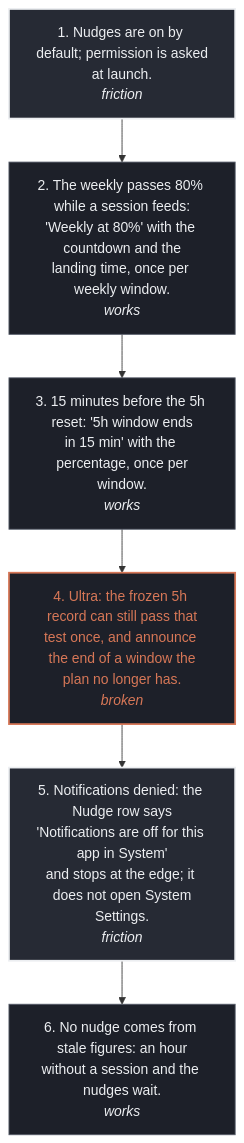
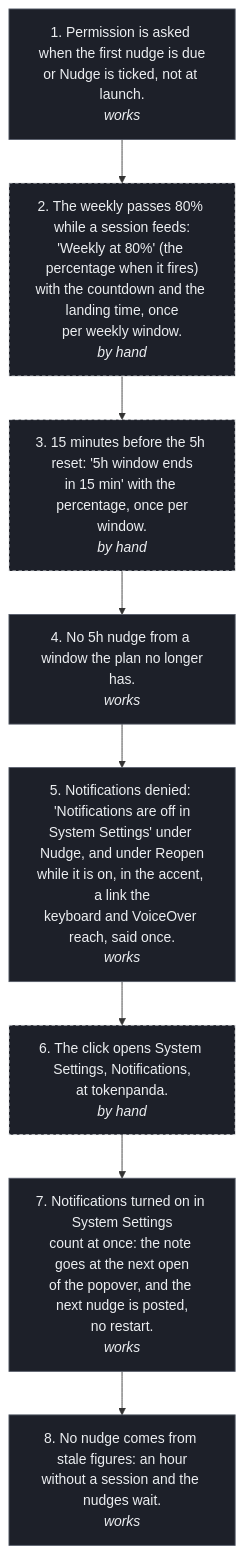
One commit to tokenpandadev/tokenpanda-app changed the diagram in design/wireframes/flows/04-nudges.mmd. Above: the diagram before and after it, drawn with Mermaid. The commit also changed 35 other files, not shown here.

```diff
--- a/design/wireframes/flows/04-nudges.mmd
+++ b/design/wireframes/flows/04-nudges.mmd
@@ -1,15 +1,20 @@
 flowchart TD
   classDef works fill:#1d2029,stroke:#555b68,color:#eceef1;
   classDef friction fill:#262a34,stroke:#eceef1,stroke-width:2px,color:#eceef1;
   classDef broken fill:#1d2029,stroke:#d77757,stroke-width:2px,color:#d77757;
-  S1["1. Nudges are on by default; permission is asked<br/>at launch.<br/><i>friction</i>"]:::friction
-  S2["2. The weekly passes 80% while a session feeds:<br/>'Weekly at 80%' with the countdown and the<br/>landing time, once per weekly window.<br/><i>works</i>"]:::works
-  S3["3. 15 minutes before the 5h reset: '5h window ends<br/>in 15 min' with the percentage, once per<br/>window.<br/><i>works</i>"]:::works
-  S4["4. Ultra: the frozen 5h record can still pass that<br/>test once, and announce the end of a window the<br/>plan no longer has.<br/><i>broken</i>"]:::broken
-  S5["5. Notifications denied: the Nudge row says<br/>'Notifications are off for this app in System'<br/>and stops at the edge; it does not open System<br/>Settings.<br/><i>friction</i>"]:::friction
-  S6["6. No nudge comes from stale figures: an hour<br/>without a session and the nudges wait.<br/><i>works</i>"]:::works
+  classDef byhand fill:#1d2029,stroke:#eceef1,stroke-width:1px,stroke-dasharray:4 3,color:#eceef1;
+  S1["1. Permission is asked when the first nudge is due<br/>or Nudge is ticked, not at launch.<br/><i>works</i>"]:::works
+  S2["2. The weekly passes 80% while a session feeds:<br/>'Weekly at 80%' (the percentage when it fires)<br/>with the countdown and the landing time, once<br/>per weekly window.<br/><i>by hand</i>"]:::byhand
+  S3["3. 15 minutes before the 5h reset: '5h window ends<br/>in 15 min' with the percentage, once per<br/>window.<br/><i>by hand</i>"]:::byhand
+  S4["4. No 5h nudge from a window the plan no longer<br/>has.<br/><i>works</i>"]:::works
+  S5["5. Notifications denied: 'Notifications are off in<br/>System Settings' under Nudge, and under Reopen<br/>while it is on, in the accent, a link the<br/>keyboard and VoiceOver reach, said once.<br/><i>works</i>"]:::works
+  S6["6. The click opens System Settings, Notifications,<br/>at tokenpanda.<br/><i>by hand</i>"]:::byhand
+  S7["7. Notifications turned on in System Settings<br/>count at once: the note goes at the next open<br/>of the popover, and the next nudge is posted,<br/>no restart.<br/><i>works</i>"]:::works
+  S8["8. No nudge comes from stale figures: an hour<br/>without a session and the nudges wait.<br/><i>works</i>"]:::works
   S1 --> S2
   S2 --> S3
   S3 --> S4
   S4 --> S5
   S5 --> S6
+  S6 --> S7
+  S7 --> S8
```
